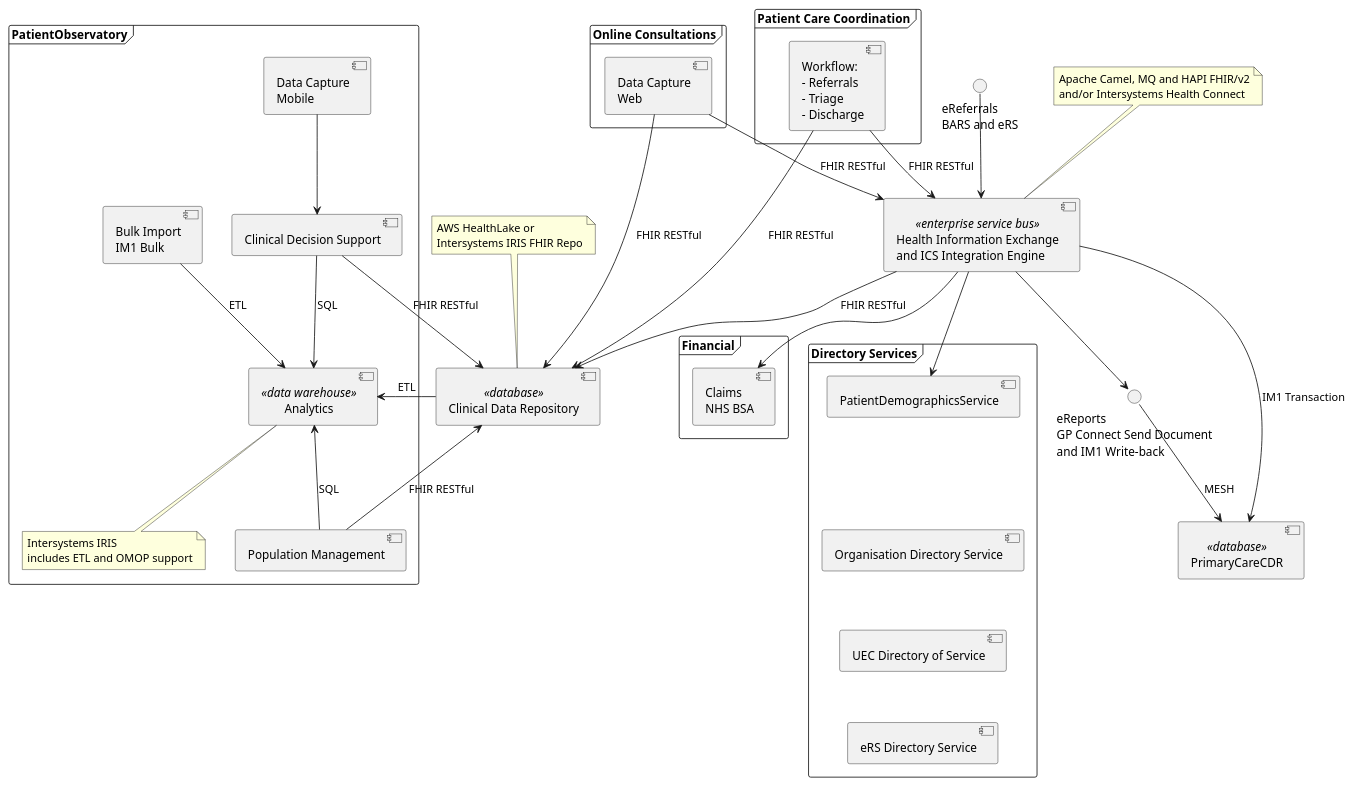
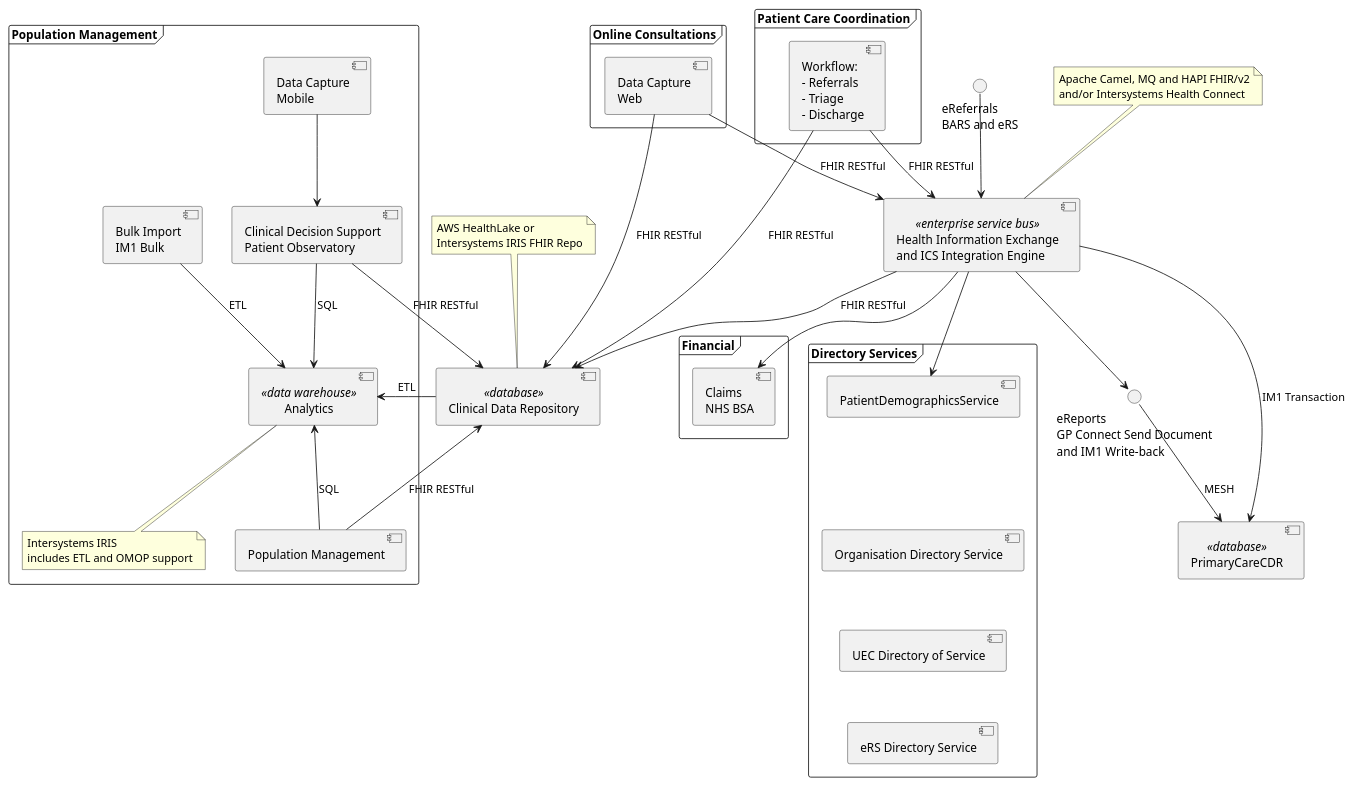
The diagram in input/images-source/component-enterprise.plantuml (Virtually-Healthcare/virtually-healthcare.github.com), drawn with PlantUML before and after one commit. The commit also changed 1 other file, not shown here.

```diff
--- a/input/images-source/component-enterprise.plantuml
+++ b/input/images-source/component-enterprise.plantuml
@@ -2,96 +2,96 @@
   @startuml
 
     skinparam svgDimensionStyle false
 
     component "Clinical Data Repository" as ClinicalDataRepository <<database>>
 
     component "Health Information Exchange\nand ICS Integration Engine" as HealthInformationExchange <<enterprise service bus>>
 
     interface "eReferrals\nBARS and eRS" as eReferrals
 
     interface "eReports\nGP Connect Send Document\nand IM1 Write-back" as eReports
 
     component PrimaryCareCDR <<database>>
 
-    frame PatientObservatory {
+    frame "Population Management" as analytics {
       component "Population Management" as PopulationManagement
       component "Data Capture\nMobile" as DataCaptureMobile
-      component "Clinical Decision Support" as ClinicalDecisionSupport
+      component "Clinical Decision Support\nPatient Observatory" as ClinicalDecisionSupport
       component Analytics <<data warehouse>>
       component "Bulk Import\nIM1 Bulk" as BulkImport
 
 
       note as OMOP
       Intersystems IRIS
       includes ETL and OMOP support
       end note
 
       OMOP .u. Analytics
       PopulationManagement --> ClinicalDataRepository : FHIR RESTful
       PopulationManagement -u-> Analytics : SQL
 
     }
 
     frame "Patient Care Coordination" as BARS {
       component "Workflow: \n- Referrals\n- Triage\n- Discharge" as Workflow
     }
 
     frame "Directory Services" as CSD {
       component "PatientDemographicsService" as PDS
       component "Organisation Directory Service" as ODS
       component "UEC Directory of Service" as UEC
       component "eRS Directory Service" as ersDOS
 
       PDS -d[hidden]- ODS
       ODS -d[hidden]- UEC
       UEC -d[hidden]- ersDOS
     }
 
     frame "Online Consultations" as online {
       component "Data Capture\nWeb" as DataCaptureWeb
 
     }
     frame Financial {
       component "Claims\nNHS BSA" as BSA
     }
 
     note as FHIR
 AWS HealthLake or
 Intersystems IRIS FHIR Repo
 end note
 
     note as ESB
 Apache Camel, MQ and HAPI FHIR/v2
 and/or Intersystems Health Connect
 end note
 
 
     FHIR .. ClinicalDataRepository
     ESB .. HealthInformationExchange
 
 
     ClinicalDataRepository --> Analytics : ETL
     BulkImport --> Analytics : ETL
 
     DataCaptureWeb --> ClinicalDataRepository : FHIR RESTful
     DataCaptureWeb --> HealthInformationExchange : FHIR RESTful
 
 
     DataCaptureMobile --> ClinicalDecisionSupport
     Workflow --> ClinicalDataRepository : FHIR RESTful
     Workflow --> HealthInformationExchange : FHIR RESTful
     ClinicalDecisionSupport --> ClinicalDataRepository : FHIR RESTful
     ClinicalDecisionSupport --> Analytics : SQL
 
 
     eReferrals --> HealthInformationExchange
     HealthInformationExchange --> eReports
     HealthInformationExchange --> PrimaryCareCDR : IM1 Transaction
     HealthInformationExchange --> ClinicalDataRepository : FHIR RESTful
     eReports --> PrimaryCareCDR : MESH
 
     HealthInformationExchange --> BSA
 
     HealthInformationExchange --> PDS
 
   @enduml
```
